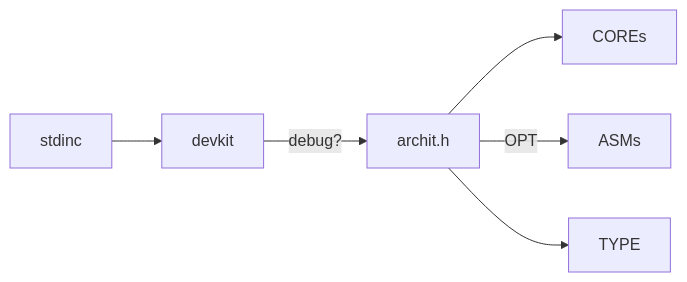
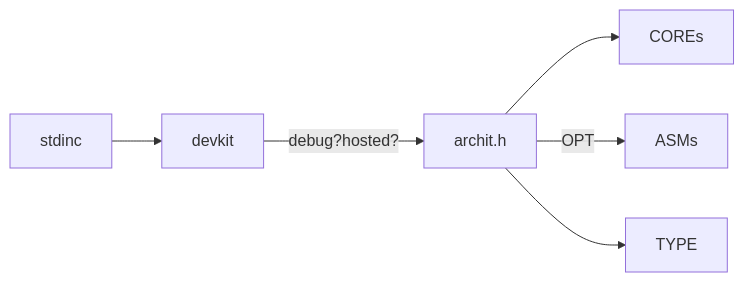
The third of 5 diagrams in doc/WEB/www.unisym.org/en/6-Depend.md (ArinaMgk/unisym), drawn with Mermaid before and after one commit. The commit also changed 53 other files, not shown here.

````diff
--- a/doc/WEB/www.unisym.org/en/6-Depend.md
+++ b/doc/WEB/www.unisym.org/en/6-Depend.md
@@ -60,8 +60,8 @@
 ```mermaid
 graph LR
 	alice[COREs]
 	ARCH[archit.h]
 	ARCH-->alice
 	ARCH--OPT-->ASMs
-	RUNT["stdinc"]-->DEVK[devkit]--debug?-->ARCH-->datype[TYPE]
+	RUNT["stdinc"]-->DEVK[devkit]--debug?hosted?-->ARCH-->datype[TYPE]
 ```
````
